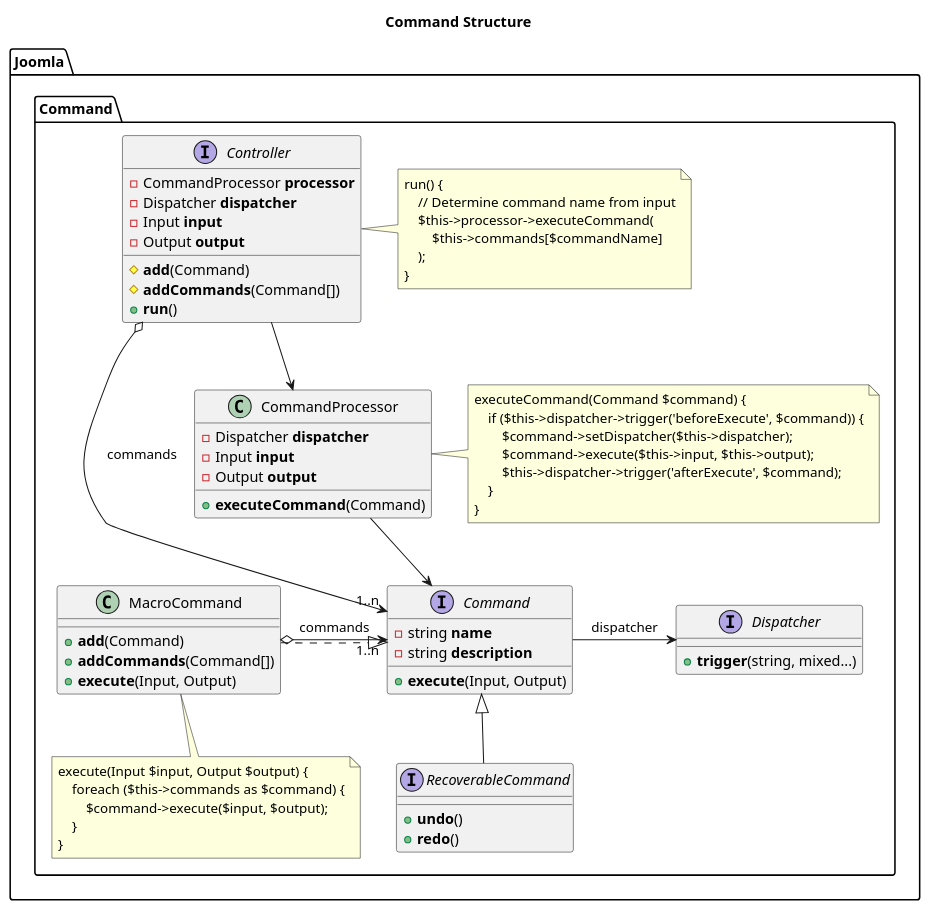
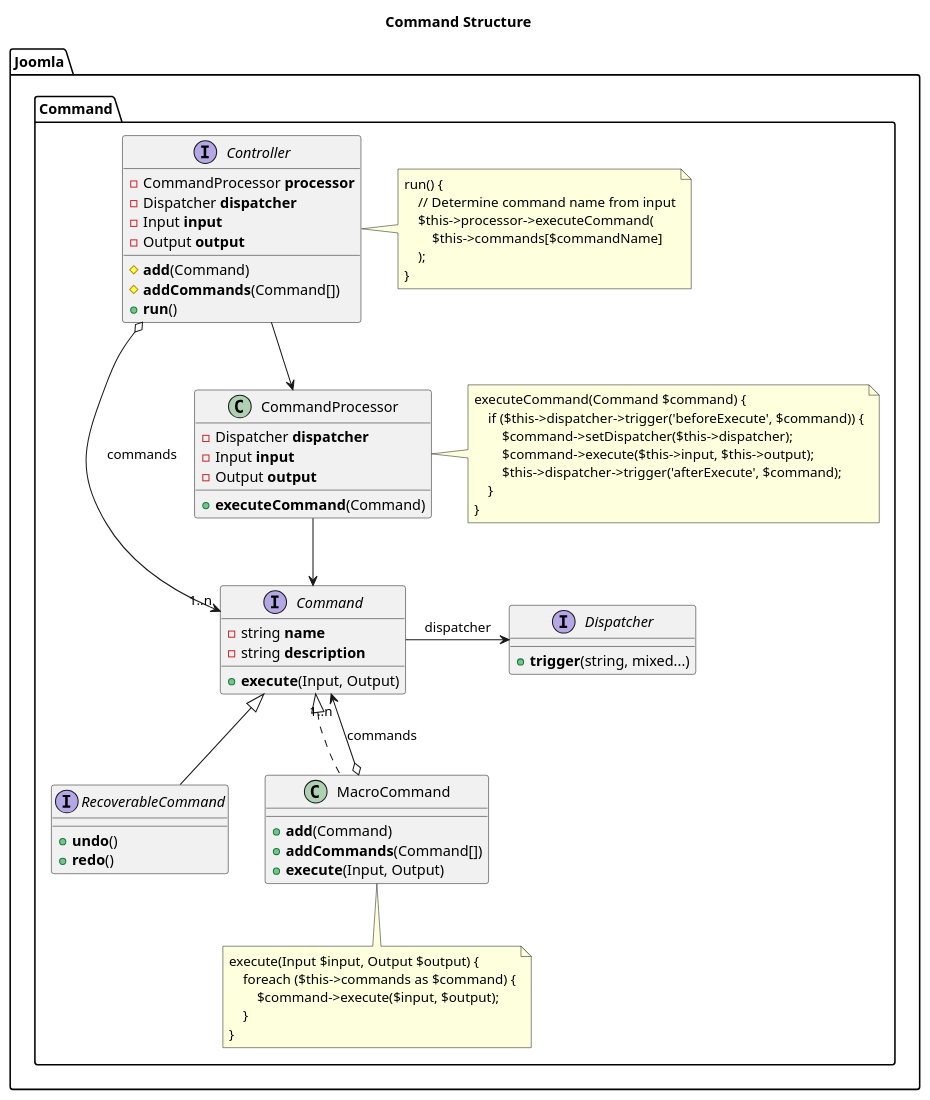
One commit to nibralab/joomla-architecture changed the diagram in src/class-command.puml. Above: the diagram before and after it, drawn with PlantUML.

Commit message:
Re-arranged blocks

```diff
--- a/src/class-command.puml
+++ b/src/class-command.puml
@@ -1,78 +1,78 @@
 @startuml
 title Command Structure
 namespace Joomla.Command {
     interface Controller {
         -CommandProcessor <b>processor</b>
         -Dispatcher <b>dispatcher</b>
         -Input <b>input</b>
         -Output <b>output</b>
         #<b>add</b>(Command)
         #<b>addCommands</b>(Command[])
         +<b>run</b>()
     }
     note as ControllerNote
         run() {
             // Determine command name from input
             $this->processor->executeCommand(
                 $this->commands[$commandName]
             );
         }
     end note
 
     Controller .right. ControllerNote
 
     interface Command {
         -string <b>name</b>
         -string <b>description</b>
         +<b>execute</b>(Input, Output)
     }
 
     interface RecoverableCommand extends Command {
         +<b>undo</b>()
         +<b>redo</b>()
     }
 
     interface Dispatcher {
         +<b>trigger</b>(string, mixed...)
     }
     Command -right-> Dispatcher: dispatcher
 
     Controller o--> "1..n" Command: commands
 
     class MacroCommand {
         +<b>add</b>(Command)
         +<b>addCommands</b>(Command[])
         +<b>execute</b>(Input, Output)
     }
 
-    MacroCommand ..|> Command
-    MacroCommand o-left-> "1..n" Command: commands
+    class MacroCommand implements Command
+    MacroCommand o--> "1..n" Command: commands
     note as MacroCommandNote
     execute(Input $input, Output $output) {
         foreach ($this->commands as $command) {
             $command->execute($input, $output);
         }
     }
     end note
     MacroCommand .. MacroCommandNote
 
     Controller --> CommandProcessor
     class CommandProcessor {
         -Dispatcher <b>dispatcher</b>
         -Input <b>input</b>
         -Output <b>output</b>
         +<b>executeCommand</b>(Command)
     }
     CommandProcessor --> Command
     note as CommandProcessorNote
         executeCommand(Command $command) {
             if ($this->dispatcher->trigger('beforeExecute', $command)) {
                 $command->setDispatcher($this->dispatcher);
                 $command->execute($this->input, $this->output);
                 $this->dispatcher->trigger('afterExecute', $command);
             }
         }
     end note
     CommandProcessor .right. CommandProcessorNote
 }
 @enduml
```
